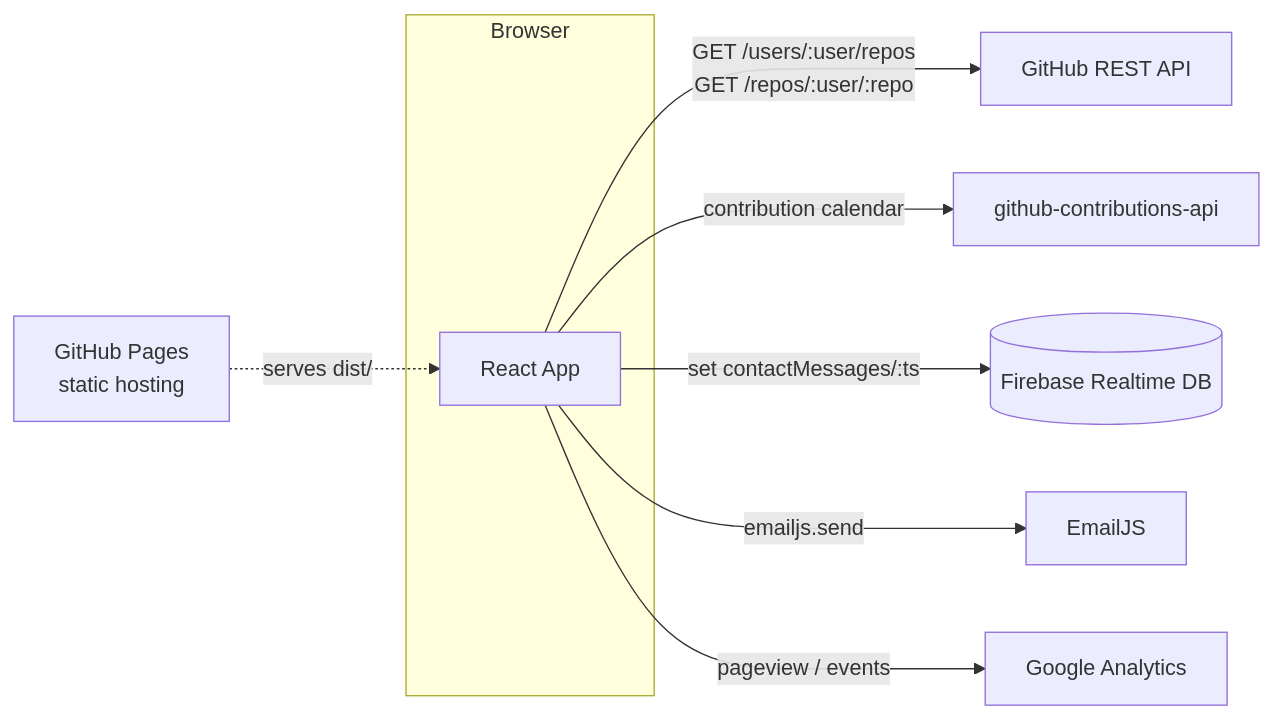
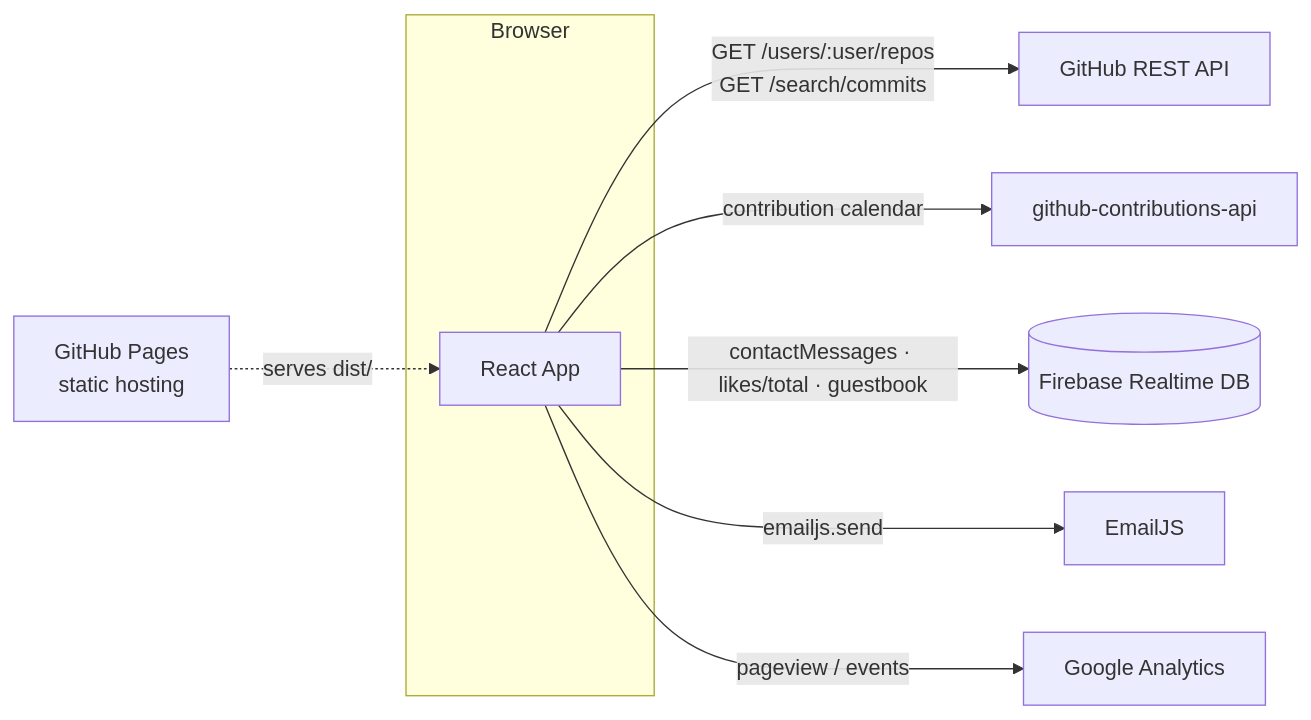
Before and after one commit to AhmedNassar7/AhmedNassar7.github.io: the first of 5 diagrams in docs/ARCHITECTURE.md, drawn with Mermaid. The commit also changed other lines of this file and 12 other files, not shown here.

````diff
--- a/docs/ARCHITECTURE.md
+++ b/docs/ARCHITECTURE.md
@@ -16,14 +16,14 @@
 ```mermaid
 flowchart LR
     subgraph Browser
         App[React App]
     end
 
-    App -->|GET /users/:user/repos<br/>GET /repos/:user/:repo| GitHubAPI[GitHub REST API]
+    App -->|GET /users/:user/repos<br/>GET /search/commits| GitHubAPI[GitHub REST API]
     App -->|contribution calendar| GHCalendar[github-contributions-api]
-    App -->|set contactMessages/:ts| Firebase[(Firebase Realtime DB)]
+    App -->|contactMessages · likes/total · guestbook| Firebase[(Firebase Realtime DB)]
     App -->|emailjs.send| EmailJS[EmailJS]
     App -->|pageview / events| GA[Google Analytics]
 
     GHPages[GitHub Pages<br/>static hosting] -.serves dist/.-> App
 ```
````
